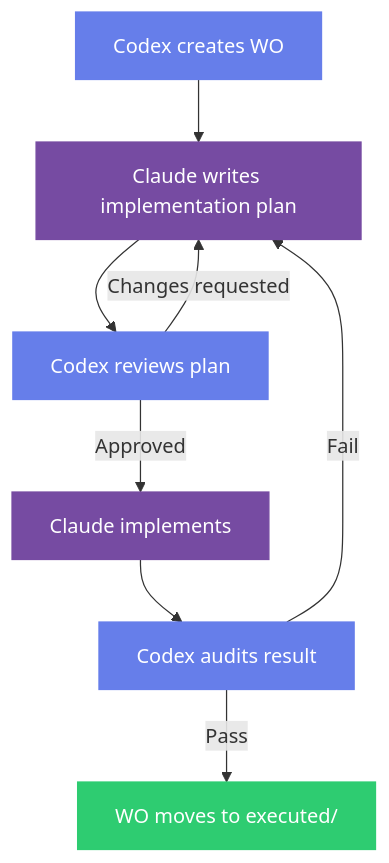
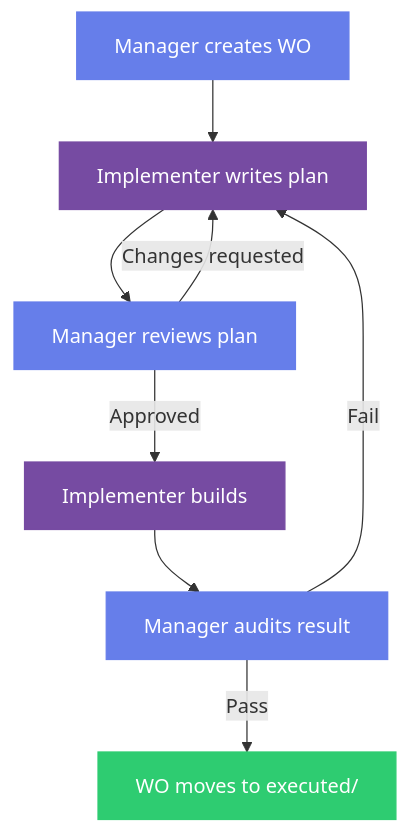
One commit to LuisFaxas/praxis changed the fourth of 4 diagrams in README.md. Above: the diagram before and after it, drawn with Mermaid. The commit also changed other lines of this file and 8 other files, not shown here.

````diff
--- a/README.md
+++ b/README.md
@@ -228,17 +230,17 @@
 ```mermaid
 graph TD
-    A["Codex creates WO"] --> B["Claude writes implementation plan"]
-    B --> C["Codex reviews plan"]
-    C -->|"Approved"| D["Claude implements"]
+    A["Manager creates WO"] --> B["Implementer writes plan"]
+    B --> C["Manager reviews plan"]
+    C -->|"Approved"| D["Implementer builds"]
     C -->|"Changes requested"| B
-    D --> E["Codex audits result"]
+    D --> E["Manager audits result"]
     E -->|"Pass"| F["WO moves to executed/"]
     E -->|"Fail"| B
 
     style A fill:#667eea,stroke:#667eea,color:#fff
     style B fill:#764ba2,stroke:#764ba2,color:#fff
     style C fill:#667eea,stroke:#667eea,color:#fff
     style D fill:#764ba2,stroke:#764ba2,color:#fff
     style E fill:#667eea,stroke:#667eea,color:#fff
     style F fill:#2ecc71,stroke:#2ecc71,color:#fff
 ```
````
